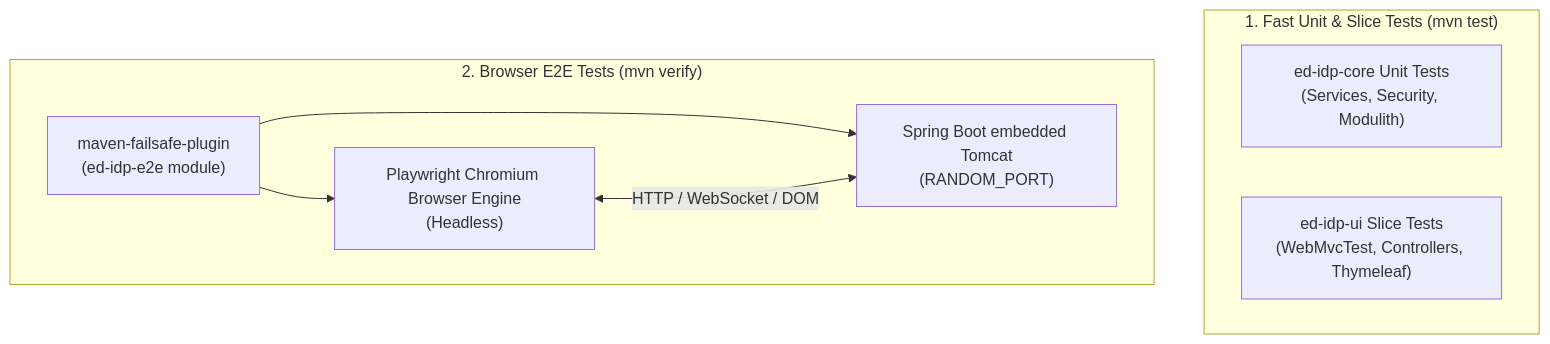
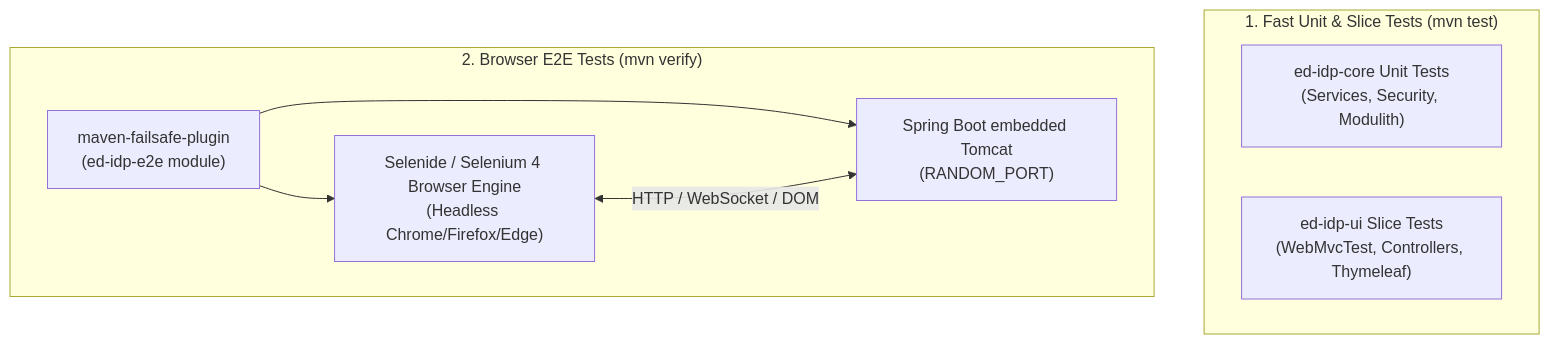
One commit to edmaputra/ed-idp changed the diagram in docs/how-to/07-end-to-end-testing.md. Above: the diagram before and after it, drawn with Mermaid. The commit also changed other lines of this file and 19 other files, not shown here.

Commit message:
feat(e2e): migrate from Playwright to Selenide (Selenium 4)

````diff
--- a/docs/how-to/07-end-to-end-testing.md
+++ b/docs/how-to/07-end-to-end-testing.md
@@ -11,16 +11,16 @@
 ```mermaid
 flowchart TD
     subgraph UnitTests["1. Fast Unit & Slice Tests (mvn test)"]
         CoreTests["ed-idp-core Unit Tests\n(Services, Security, Modulith)"]
         UiTests["ed-idp-ui Slice Tests\n(WebMvcTest, Controllers, Thymeleaf)"]
     end
 
     subgraph E2ETests["2. Browser E2E Tests (mvn verify)"]
         Failsafe["maven-failsafe-plugin\n(ed-idp-e2e module)"]
         BootServer["Spring Boot embedded Tomcat\n(RANDOM_PORT)"]
-        BrowserEngine["Playwright Chromium Browser Engine\n(Headless)"]
+        BrowserEngine["Selenide / Selenium 4 Browser Engine\n(Headless Chrome/Firefox/Edge)"]
         Failsafe --> BootServer
         Failsafe --> BrowserEngine
         BrowserEngine <-->|"HTTP / WebSocket / DOM"| BootServer
     end
 ```
````
